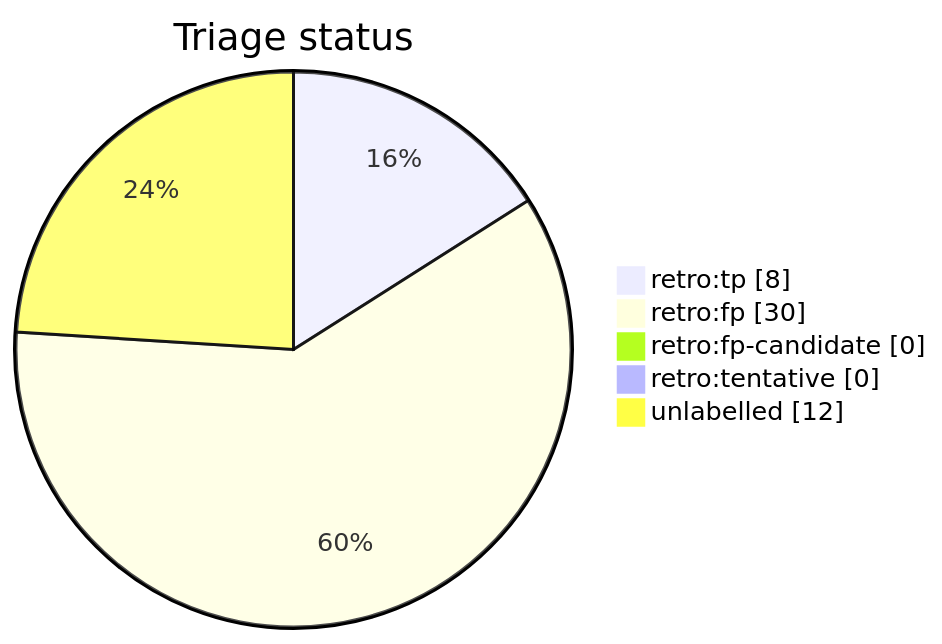
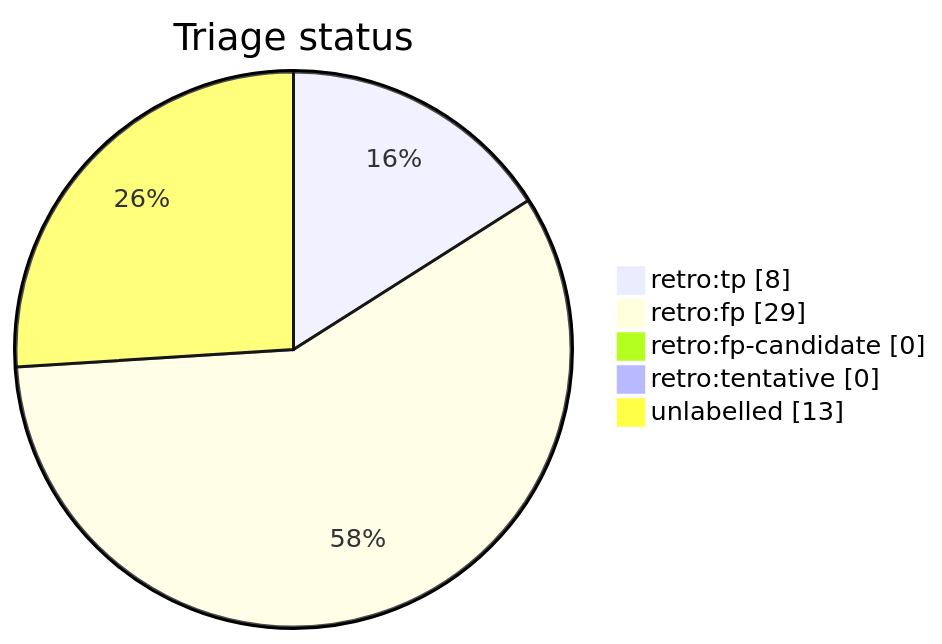
The diagram in docs/generated/scripts/auto-retro-triage-report.md (tvna/claude-md), drawn with Mermaid before and after one commit. The commit also changed other lines of this file, not shown here.

First line of the commit message:
chore(auto-retro): refresh triage report

````diff
--- a/docs/generated/scripts/auto-retro-triage-report.md
+++ b/docs/generated/scripts/auto-retro-triage-report.md
@@ -15,9 +15,9 @@
 ```mermaid
 pie showData
     title Triage status
     "retro:tp" : 8
-    "retro:fp" : 30
+    "retro:fp" : 29
     "retro:fp-candidate" : 0
     "retro:tentative" : 0
-    "unlabelled" : 12
+    "unlabelled" : 13
 ```
````
